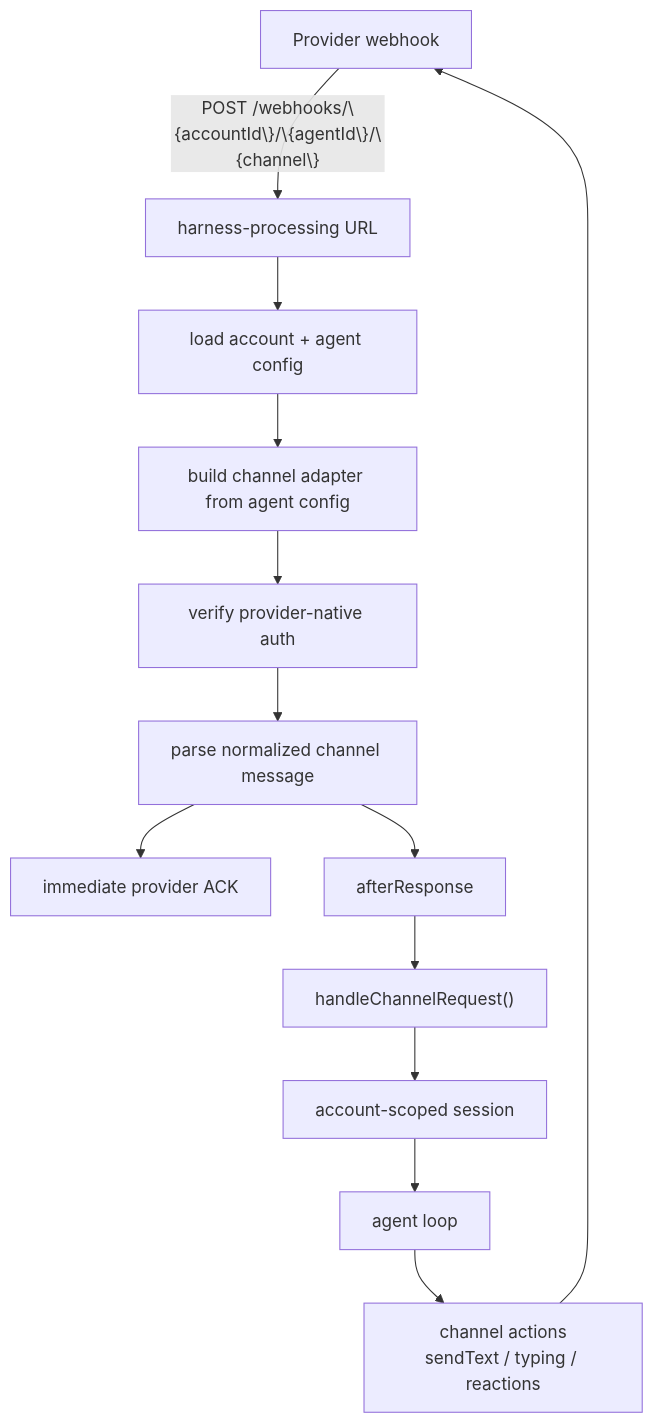
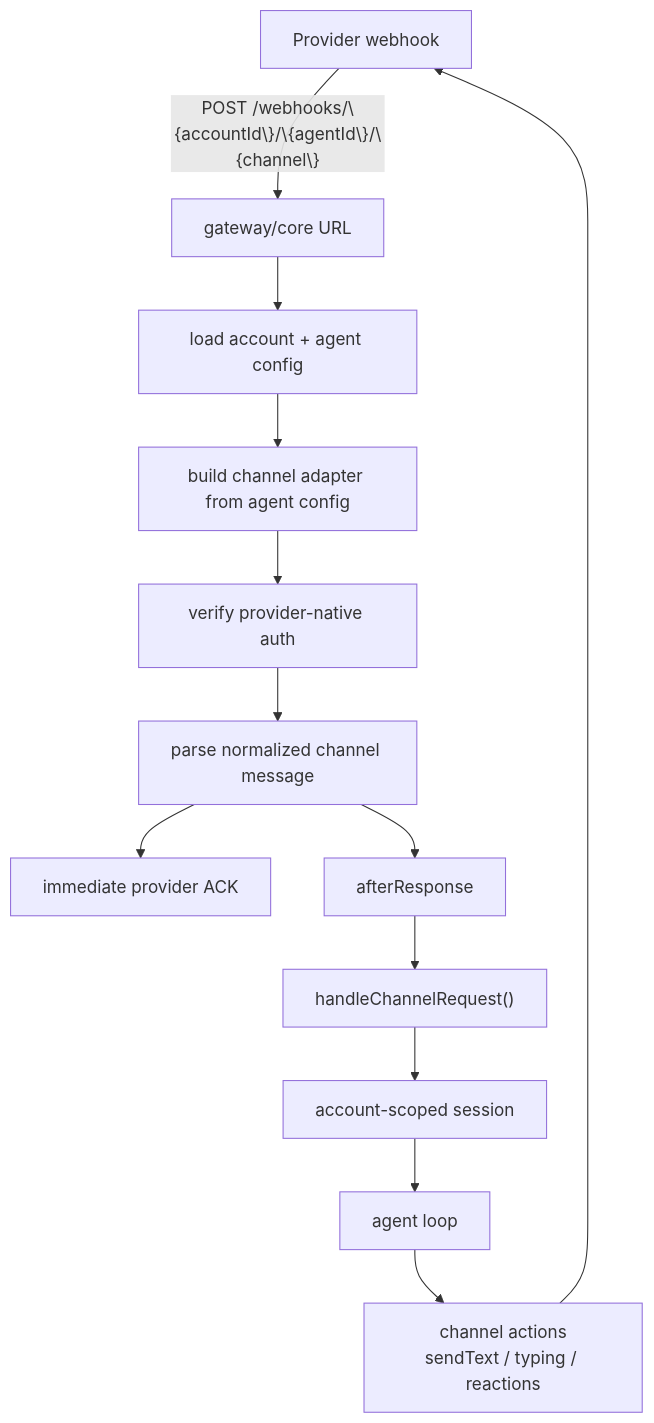
Before and after one commit to beeblastco/broods: the ninth of 12 diagrams in apps/docs/docs/architecture.md, drawn with Mermaid. The commit also changed other lines of this file and 20 other files, not shown here.

````diff
--- a/apps/docs/docs/architecture.md
+++ b/apps/docs/docs/architecture.md
@@ -236,15 +237,15 @@
 ```mermaid
 flowchart TD
-  Provider["Provider webhook"] -->|"POST /webhooks/\{accountId\}/\{agentId\}/\{channel\}"| Url["harness-processing URL"]
+  Provider["Provider webhook"] -->|"POST /webhooks/\{accountId\}/\{agentId\}/\{channel\}"| Url["gateway/core URL"]
   Url --> Load["load account + agent config"]
   Load --> Adapter["build channel adapter from agent config"]
   Adapter --> Auth["verify provider-native auth"]
   Auth --> Parse["parse normalized channel message"]
   Parse --> Ack["immediate provider ACK"]
   Parse --> After["afterResponse"]
   After --> Handler["handleChannelRequest()"]
   Handler --> Session["account-scoped session"]
   Session --> Agent["agent loop"]
   Agent --> Reply["channel actions<br/>sendText / typing / reactions"]
   Reply --> Provider
 ```
````
